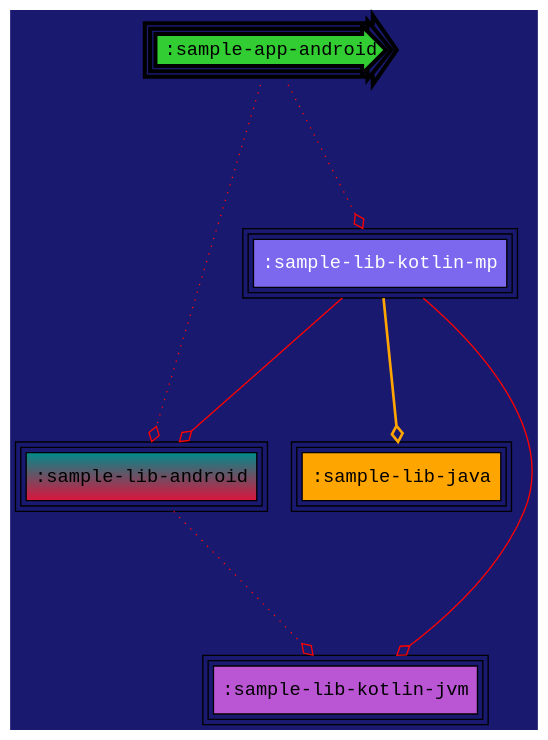
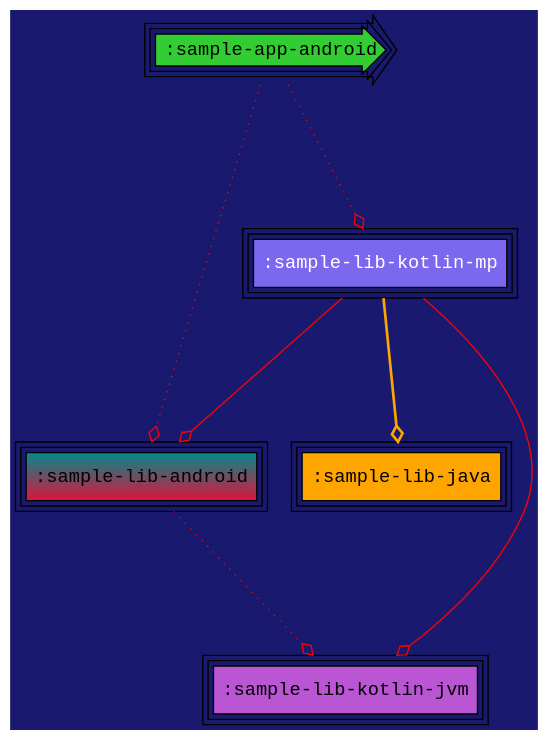
One commit to jonapoul/atlas changed the diagram in samples/sample-graphviz/sample-app-android/modular/chart.dot. Above: the diagram before and after it, drawn with Graphviz. The commit also changed 43 other files, not shown here.

```diff
--- a/samples/sample-graphviz/sample-app-android/modular/chart.dot
+++ b/samples/sample-graphviz/sample-app-android/modular/chart.dot
@@ -1,16 +1,16 @@
 digraph {
   edge [arrowhead="ediamond",arrowtail="none",color="red",labelfloat="true",fontcolor="lime"]
   graph [layout="dot",bgcolor="MidnightBlue",fontsize="30",rankdir="TB",ranksep="1.5"]
   node [fontname="Courier New",peripheries="3",style="filled",shape="box"]
-  ":sample-app-android" [penwidth="3",shape="rarrow",style="radial",fillcolor="limegreen"]
+  ":sample-app-android" [shape="rarrow",style="radial",fillcolor="limegreen"]
   ":sample-lib-android" [gradientangle="90",fillcolor="crimson:cyan4"]
   ":sample-lib-java" [fillcolor="orange"]
   ":sample-lib-kotlin-jvm" [fillcolor="mediumorchid"]
   ":sample-lib-kotlin-mp" [fontcolor="white",fillcolor="mediumslateblue"]
   ":sample-app-android" -> ":sample-lib-android" [style="dotted"]
   ":sample-app-android" -> ":sample-lib-kotlin-mp" [style="dotted"]
   ":sample-lib-android" -> ":sample-lib-kotlin-jvm" [style="dotted"]
   ":sample-lib-kotlin-mp" -> ":sample-lib-android" [style="solid"]
   ":sample-lib-kotlin-mp" -> ":sample-lib-java" [style="bold",color="orange"]
   ":sample-lib-kotlin-mp" -> ":sample-lib-kotlin-jvm" [style="solid"]
 }
```
